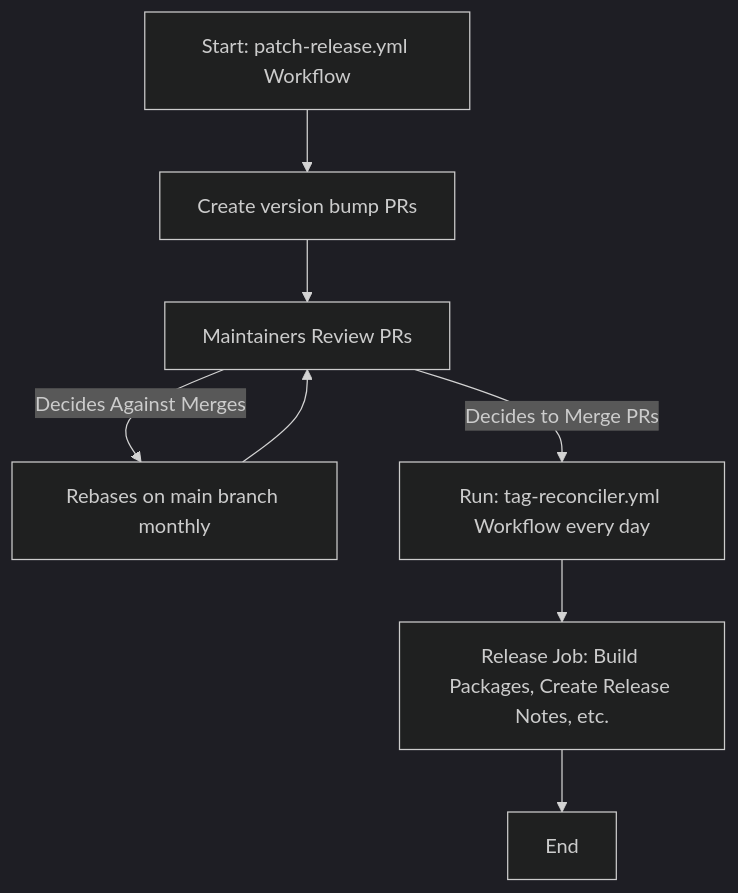
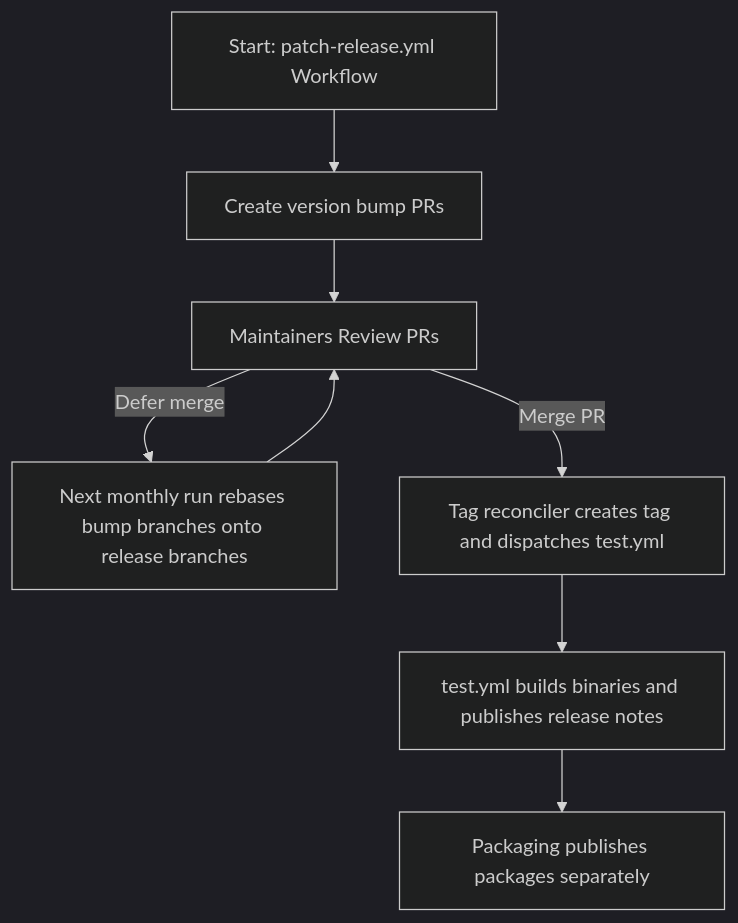
The third of 3 diagrams in modules/cri-o/scripts/ci.md (365614269/CNCF-Graduated), drawn with Mermaid (dark theme) before and after one commit. The commit also changed other lines of this file and 387 other files, not shown here.

````diff
--- a/modules/cri-o/scripts/ci.md
+++ b/modules/cri-o/scripts/ci.md
@@ -155,10 +155,10 @@
 ```mermaid
 flowchart TD
     A[Start: patch-release.yml Workflow] --> B[Create version bump PRs]
     B --> C[Maintainers Review PRs]
-    C -->|Decides Against Merges| E[Rebases on main branch monthly]
+    C -->|Defer merge| E[Next monthly run rebases bump branches onto release branches]
     E --> C
-    C -->|Decides to Merge PRs| D[Run: tag-reconciler.yml Workflow every day]
-    D --> F[Release Job: Build Packages, Create Release Notes, etc.]
-    F --> G[End]
+    C -->|Merge PR| D[Tag reconciler creates tag and dispatches test.yml]
+    D --> F[test.yml builds binaries and publishes release notes]
+    F --> G[Packaging publishes packages separately]
 ```
````
